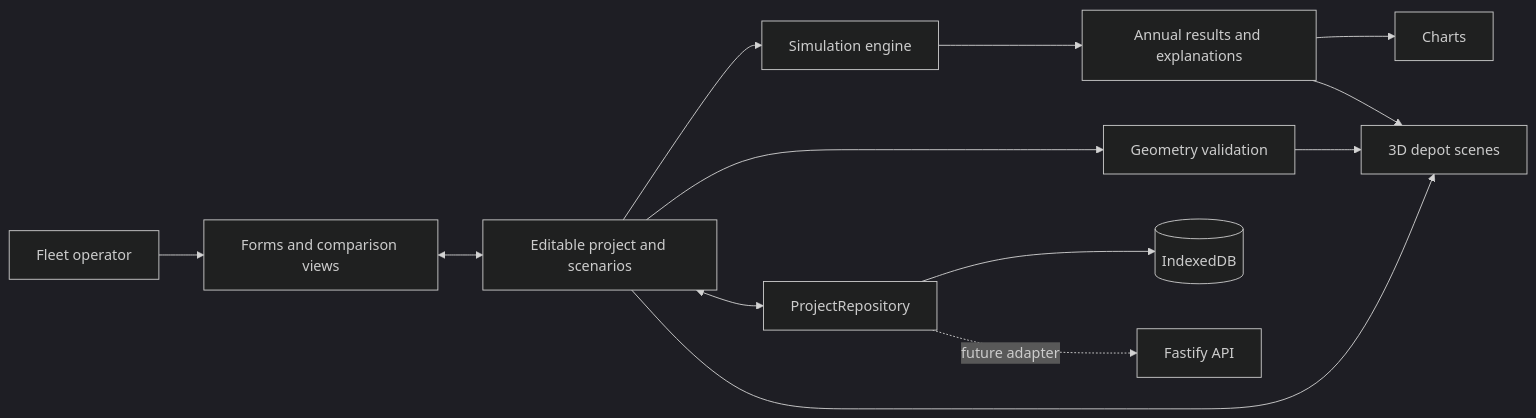
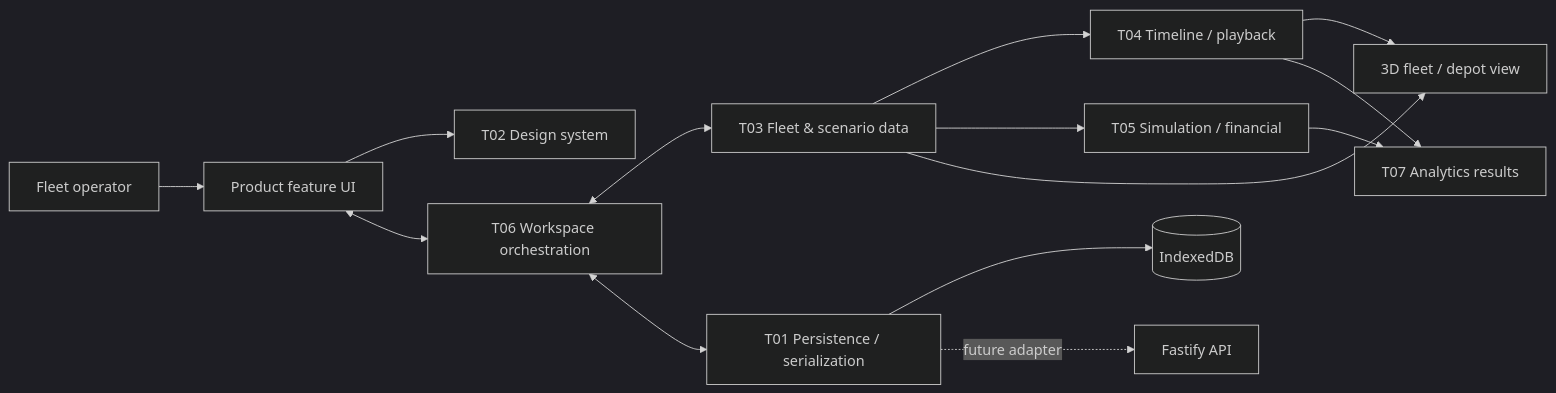
Before and after one commit to The-Sims-Digipen/Fleet-Project: the first of 2 diagrams in docs/tech/architecture.md, drawn with Mermaid (dark theme). The commit also changed other lines of this file and 28 other files, not shown here.

````diff
--- a/docs/tech/architecture.md
+++ b/docs/tech/architecture.md
@@ -19,15 +21,16 @@
 ```mermaid
 flowchart LR
-  Operator[Fleet operator] --> UI[Forms and comparison views]
-  UI <--> State[Editable project and scenarios]
-  State --> Simulation[Simulation engine]
-  State --> Geometry[Geometry validation]
-  Simulation --> Results[Annual results and explanations]
-  Results --> Charts[Charts]
-  Results --> Scene[3D depot scenes]
-  Geometry --> Scene
-  State --> Scene
-  State <--> Repo[ProjectRepository]
+  Operator[Fleet operator] --> UI[Product feature UI]
+  UI --> Design[T02 Design system]
+  UI <--> Workspace[T06 Workspace orchestration]
+  Workspace <--> Domain[T03 Fleet & scenario data]
+  Domain --> Timeline[T04 Timeline / playback]
+  Domain --> Simulation[T05 Simulation / financial]
+  Timeline --> Scene[3D fleet / depot view]
+  Timeline --> Analytics[T07 Analytics results]
+  Simulation --> Analytics
+  Domain --> Scene
+  Workspace <--> Repo[T01 Persistence / serialization]
   Repo --> IDB[(IndexedDB)]
   Repo -. future adapter .-> API[Fastify API]
 ```
````
